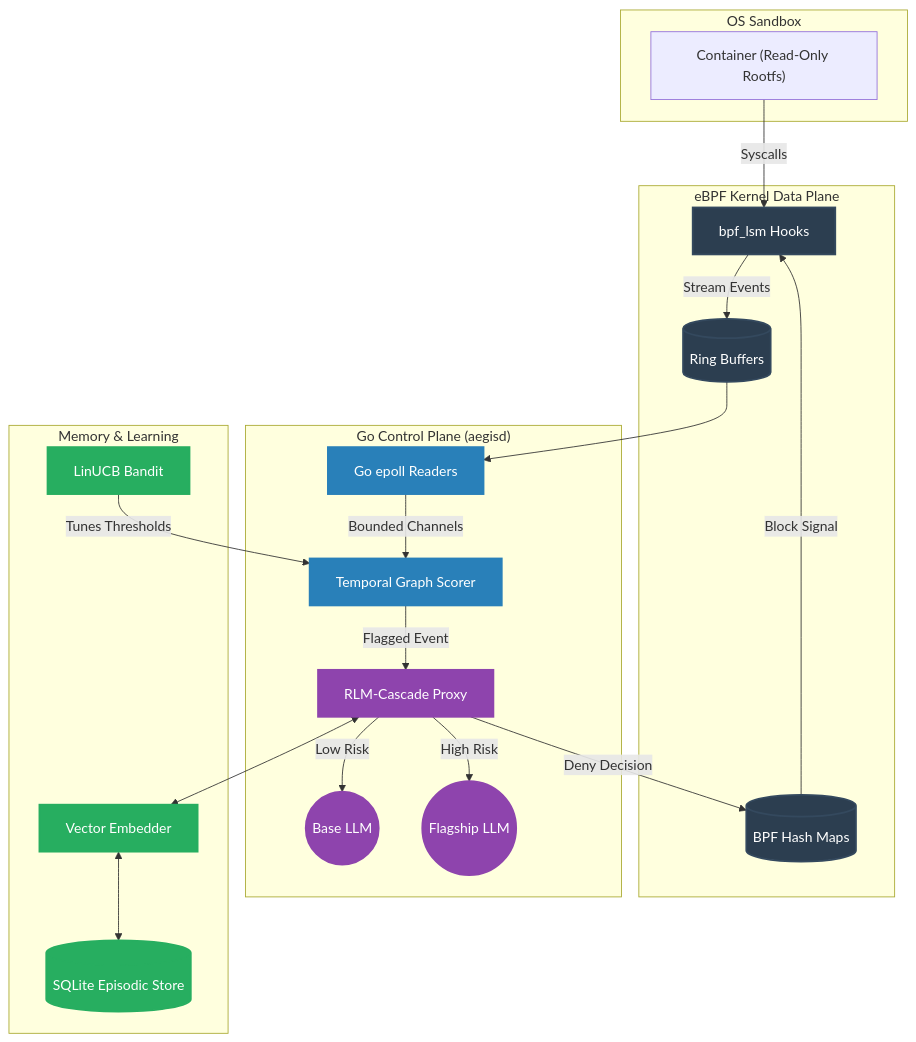
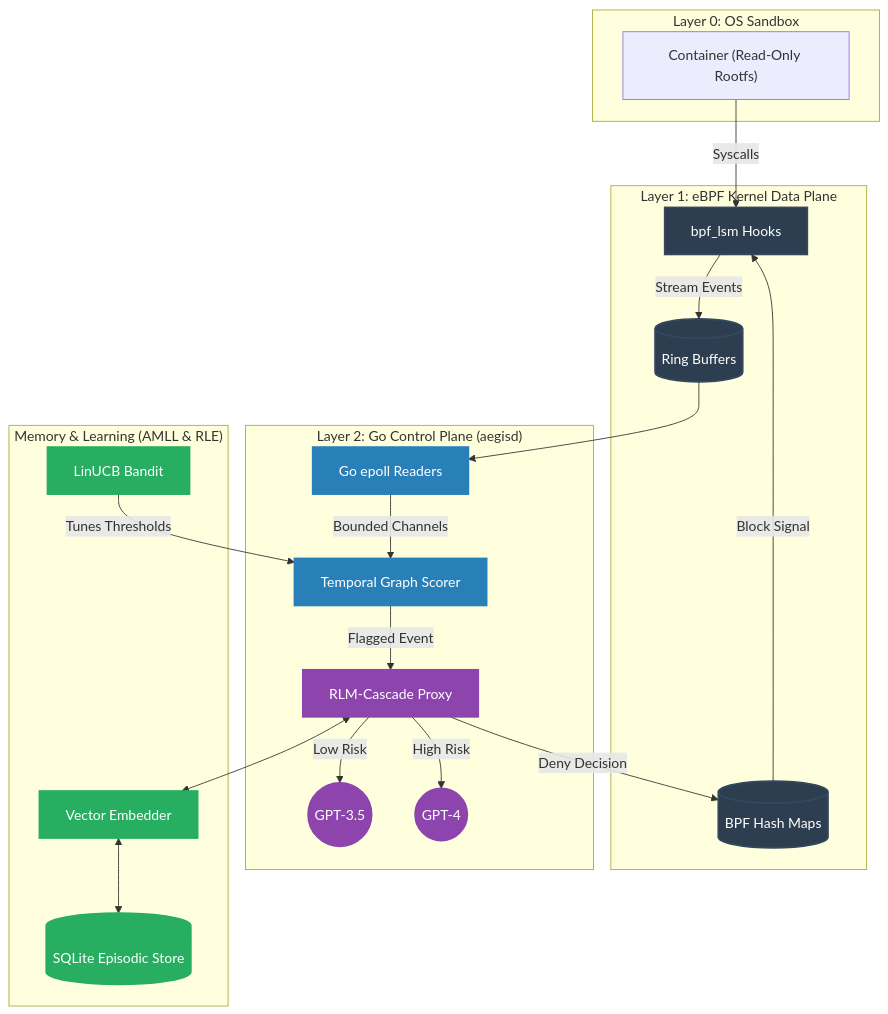
One commit to Quiet-Intelligence/aegis changed the diagram in README.md. Above: the diagram before and after it, drawn with Mermaid. The commit also changed other lines of this file and 3 other files, not shown here.

````diff
--- a/README.md
+++ b/README.md
@@ -87,51 +93,51 @@
 ```mermaid
 graph TD
-    subgraph "OS Sandbox"
+    subgraph "Layer 0: OS Sandbox"
         Container["Container (Read-Only Rootfs)"]
     end
     
-    subgraph "eBPF Kernel Data Plane"
+    subgraph "Layer 1: eBPF Kernel Data Plane"
         LSM[bpf_lsm Hooks]
         RingBuf[(Ring Buffers)]
         PolicyMap[(BPF Hash Maps)]
         Container -->|Syscalls| LSM
         LSM -->|Stream Events| RingBuf
         PolicyMap -->|Block Signal| LSM
     end
 
-    subgraph "Go Control Plane (aegisd)"
+    subgraph "Layer 2: Go Control Plane (aegisd)"
         Reader[Go epoll Readers]
         Graph[Temporal Graph Scorer]
         Cascade[RLM-Cascade Proxy]
-        LLM_Cheap((Base LLM))
-        LLM_Flagship((Flagship LLM))
+        LLM_Cheap((GPT-3.5))
+        LLM_Flagship((GPT-4))
         
         RingBuf --> Reader
         Reader -->|Bounded Channels| Graph
         Graph -->|Flagged Event| Cascade
         Cascade -->|Low Risk| LLM_Cheap
         Cascade -->|High Risk| LLM_Flagship
     end
 
-    subgraph "Memory & Learning"
+    subgraph "Memory & Learning (AMLL & RLE)"
         SQLite[(SQLite Episodic Store)]
         Embedder[Vector Embedder]
         Bandit[LinUCB Bandit]
         
         Cascade <--> Embedder
         Embedder <--> SQLite
         Bandit -->|Tunes Thresholds| Graph
     end
     
     Cascade -->|Deny Decision| PolicyMap
     
     classDef kernel fill:#2c3e50,stroke:#34495e,stroke-width:2px,color:#fff;
     classDef userspace fill:#2980b9,stroke:#2980b9,stroke-width:2px,color:#fff;
     classDef memory fill:#27ae60,stroke:#27ae60,stroke-width:2px,color:#fff;
     classDef llm fill:#8e44ad,stroke:#8e44ad,stroke-width:2px,color:#fff;
     
     class LSM,RingBuf,PolicyMap kernel;
     class Reader,Graph userspace;
     class SQLite,Embedder,Bandit memory;
     class LLM_Cheap,LLM_Flagship,Cascade llm;
 ```
````
